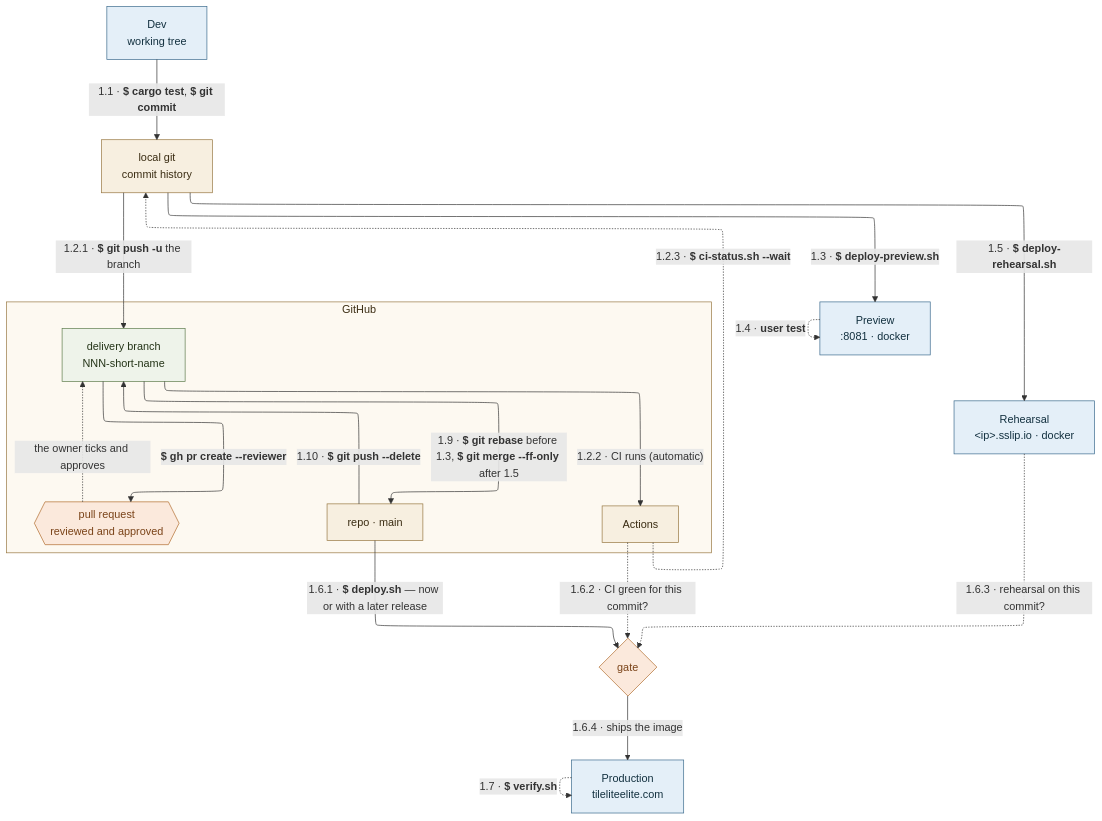
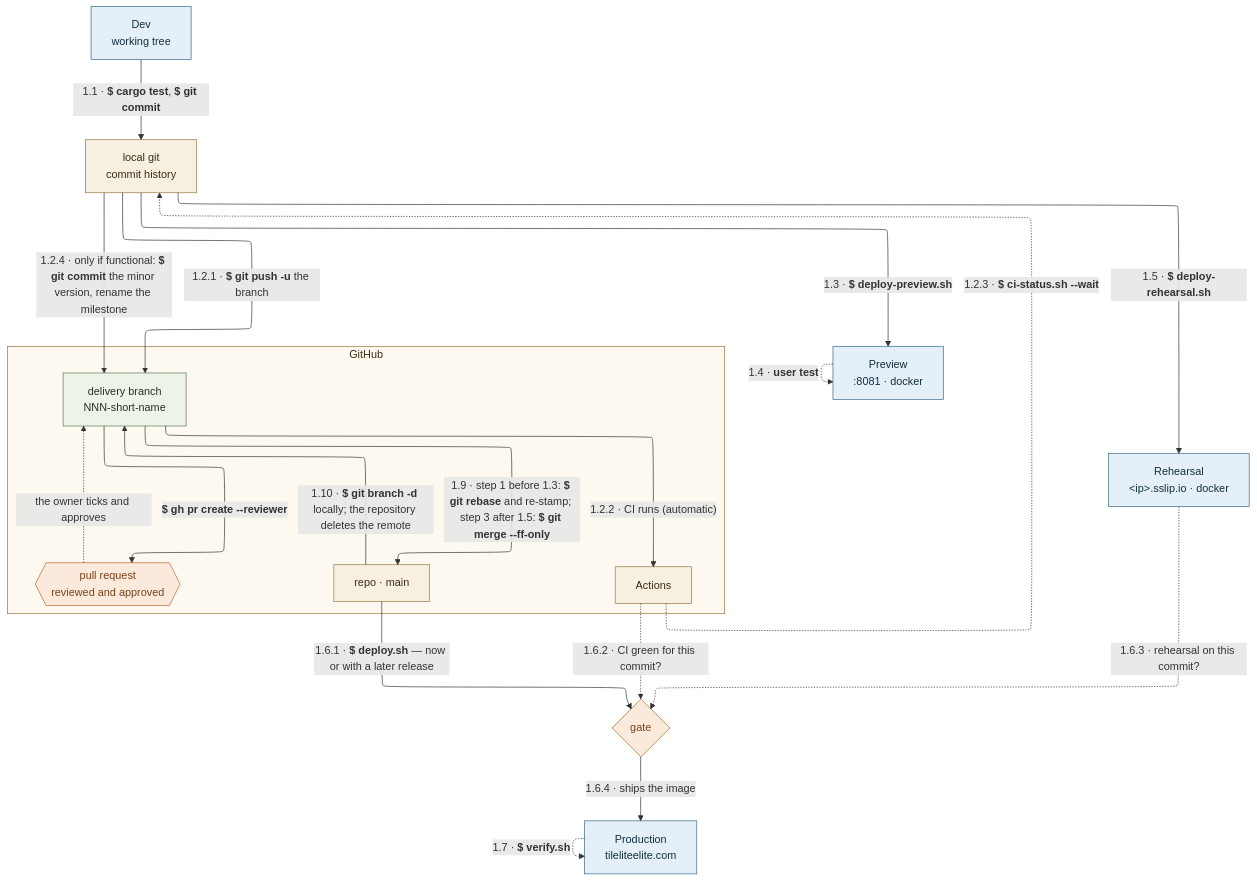
One commit to delphside/tile-lite-elite changed the diagram in docs/diagrams/flavour-c-single-delivery-release.mmd. Above: the diagram before and after it, drawn with Mermaid. The commit also changed 4 other files, not shown here.

```diff
--- a/docs/diagrams/flavour-c-single-delivery-release.mmd
+++ b/docs/diagrams/flavour-c-single-delivery-release.mmd
@@ -1,72 +1,79 @@
 ---
 config:
   layout: elk
   elk:
     nodePlacementStrategy: BRANDES_KOEPF
 ---
 flowchart TB
     %% Flavour C — a release carrying one delivery. docs/4.3.3, the shapes
-    %% table: 1.1, 1.2, 1.2.4 if functional, 1.9 rebase, 1.3, 1.4, 1.5,
-    %% 1.9 fast-forward, then 1.6, 1.7, 1.10.
+    %% table: 1.1, 1.2, 1.2.4 if functional, 1.9 step 1, 1.3, 1.4, 1.5,
+    %% 1.9 step 3, then 1.6, 1.7, 1.10.
     %% .
-    %% Arrow numbers are docs/4.3.3 part 1 section numbers, so 1.9 sitting
-    %% between 1.5 and 1.6 is not a mistake in the numbering — it is the
-    %% point of the flavour. The release is proved on the branch, then main
-    %% takes it by fast-forward, and production deploys main.
+    %% Arrow numbers are docs/4.3.3 part 1 section numbers. 1.9 is one arrow
+    %% drawn once, but its steps fall either side of 1.3 to 1.5: step 1
+    %% (rebase and re-stamp) comes before them and step 3 (fast-forward)
+    %% after. That is the point of the flavour: the release is proved on the
+    %% branch, then main takes it by fast-forward, and production deploys
+    %% main.
+    %% .
+    %% 1.2.4 runs only when a package in the release is functional. It is a
+    %% commit on the branch and a rename of the milestone on GitHub, so it is
+    %% drawn as one arrow from local git to the branch.
     %% .
     %% Why that order: main is what gets deployed, so an unproven release
     %% commit on main blocks every other release until it is proven or
     %% removed. the programme's docs/1.2 section 2.2.
     %% .
     %% Since D55 (#388), 1.6 need not follow 1.9 immediately. main is the
     %% accumulating next release, so it may already carry other proven
     %% deliveries and one deploy ships them together. Nothing in the order
     %% below changes -- what changes is that the dashed wait between 1.9 and
     %% 1.6 may be days, and this is the default flavour rather than D.
     %% .
     %% Preview does not feed the gate, and this is deliberate rather than an
     %% omission — but there IS a preview gate, counted by note_gate preview
     %% in deploy.sh. What preview cannot answer is whether somebody looked
     %% and was happy; what it does answer is whether the bits stood up.
     %% .
     %% 1.5 and 1.6 start at local git rather than Dev on purpose: both
     %% scripts check the commit out into a throwaway worktree and build
     %% that, so the working tree cannot reach either environment.
     DEV["Dev<br/>working tree"]
     LG["local git<br/>commit history"]
     subgraph GH["GitHub"]
         BR["delivery branch<br/>NNN-short-name"]
         PR{{"pull request<br/>reviewed and approved"}}
         MAIN["repo · main"]
         ACT["Actions"]
     end
     STG["Preview<br/>:8081 · docker"]
     REH["Rehearsal<br/>&lt;ip&gt;.sslip.io · docker"]
     PROD["Production<br/>tileliteelite.com"]
 
     DEV -->|"`1.1 · **$ cargo test**, **$ git commit**`"| LG
     LG -->|"`1.2.1 · **$ git push -u** the branch`"| BR
+    LG -->|"`1.2.4 · only if functional: **$ git commit** the minor version, rename the milestone`"| BR
     BR -->|"1.2.2 · CI runs (automatic)"| ACT
     ACT -.->|"`1.2.3 · **$ ci-status.sh --wait**`"| LG
     BR -->|"`**$ gh pr create --reviewer**`"| PR
     PR -.->|"the owner ticks and approves"| BR
     LG -->|"`1.3 · **$ deploy-preview.sh**`"| STG
     STG -.->|"`1.4 · **user test**`"| STG
     LG -->|"`1.5 · **$ deploy-rehearsal.sh**`"| REH
-    BR -->|"`1.9 · **$ git rebase** before 1.3, **$ git merge --ff-only** after 1.5`"| MAIN
+    BR -->|"`1.9 · step 1 before 1.3: **$ git rebase** and re-stamp; step 3 after 1.5: **$ git merge --ff-only**`"| MAIN
     MAIN -->|"`1.6.1 · **$ deploy.sh** — now or with a later release`"| GATE{"gate"}
     ACT -.->|"1.6.2 · CI green for this commit?"| GATE
     REH -.->|"1.6.3 · rehearsal on this commit?"| GATE
     GATE -->|"1.6.4 · ships the image"| PROD
     PROD -.->|"`1.7 · **$ verify.sh**`"| PROD
-    MAIN -->|"`1.10 · **$ git push --delete**`"| BR
+    MAIN -->|"`1.10 · **$ git branch -d** locally; the repository deletes the remote`"| BR
 
     classDef gate fill:#fbe9dc,stroke:#b06a2c,color:#7a4318
     classDef env fill:#e4eff8,stroke:#39698c,color:#12303f
     classDef repo fill:#f7efe0,stroke:#96763f,color:#3a2c12
     classDef branch fill:#eef3ea,stroke:#5c7a4a,color:#243418
     class DEV,STG,REH,PROD env
     class LG,MAIN,ACT repo
     class BR branch
     class PR,GATE gate
     style GH fill:#fdf9f1,stroke:#96763f,color:#3a2c12
```
